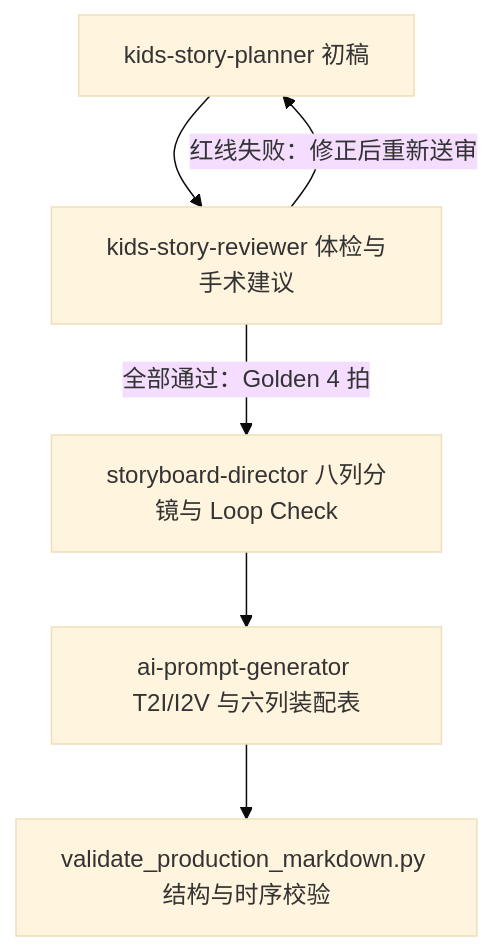
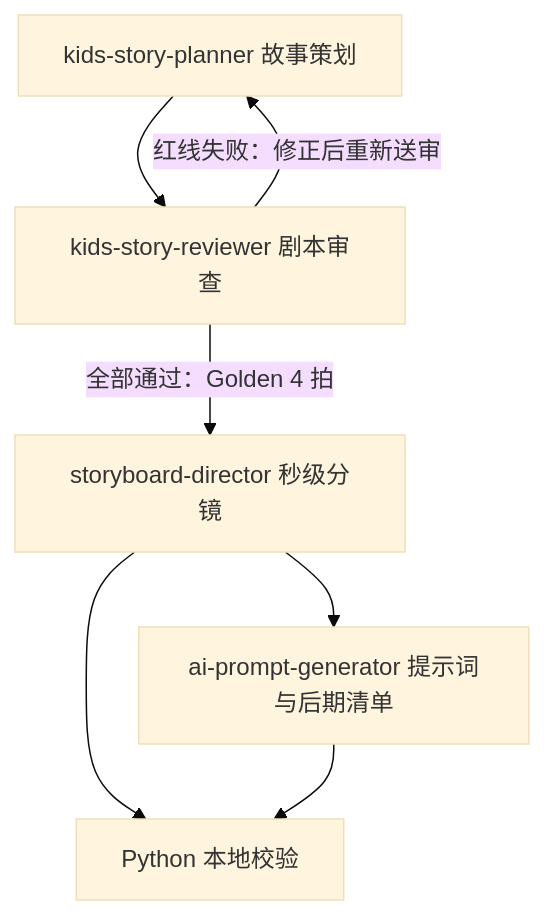
The diagram in README.md (eric1774-FE/ai-creation-studio), drawn with Mermaid (base theme) before and after one commit. The commit also changed other lines of this file, not shown here.

````diff
--- a/README.md
+++ b/README.md
@@ -23,8 +16,9 @@
 ```mermaid
 flowchart TD
-  P[kids-story-planner 初稿] --> R[kids-story-reviewer 体检与手术建议]
+  P[kids-story-planner 故事策划] --> R[kids-story-reviewer 剧本审查]
   R -->|红线失败：修正后重新送审| P
-  R -->|全部通过：Golden 4 拍| D[storyboard-director 八列分镜与 Loop Check]
-  D --> A[ai-prompt-generator T2I/I2V 与六列装配表]
-  A --> V[validate_production_markdown.py 结构与时序校验]
+  R -->|全部通过：Golden 4 拍| D[storyboard-director 秒级分镜]
+  D --> A[ai-prompt-generator 提示词与后期清单]
+  D --> V[Python 本地校验]
+  A --> V
 ```
````
